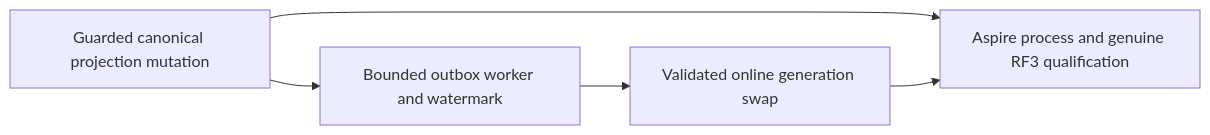
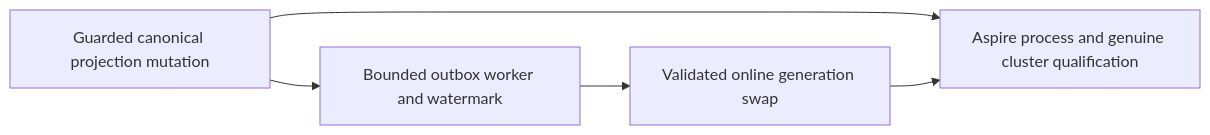
Before and after one commit to managedcode/KeyLoad: the diagram in docs/ADR/ADR-089-event-projection-lineage.md, drawn with Mermaid. The commit also changed other lines of this file and 7356 other files, not shown here.

````diff
--- a/docs/ADR/ADR-089-event-projection-lineage.md
+++ b/docs/ADR/ADR-089-event-projection-lineage.md
@@ -24,7 +24,7 @@
 ```mermaid
 flowchart LR
     P1[Guarded canonical projection mutation] --> P2[Bounded outbox worker and watermark]
     P2 --> Swap[Validated online generation swap]
-    P1 --> Gates[Aspire process and genuine RF3 qualification]
+    P1 --> Gates[Aspire process and genuine cluster qualification]
     Swap --> Gates
 ```
````
